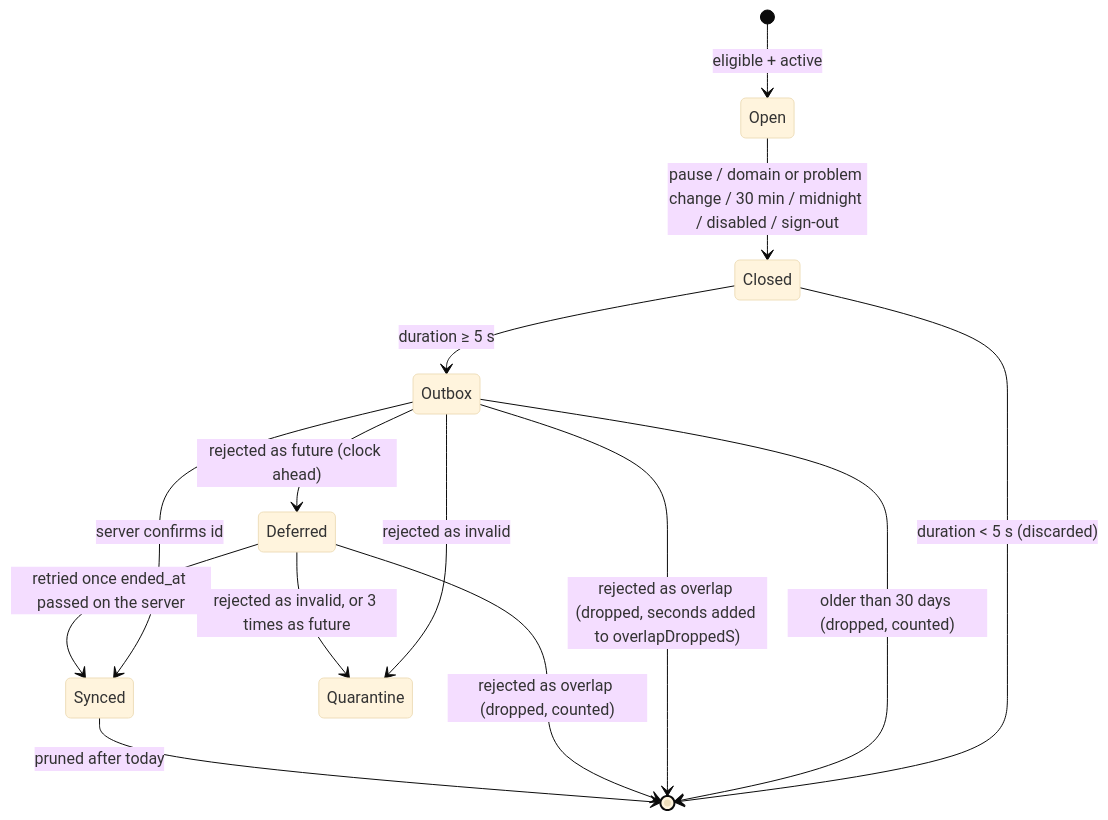
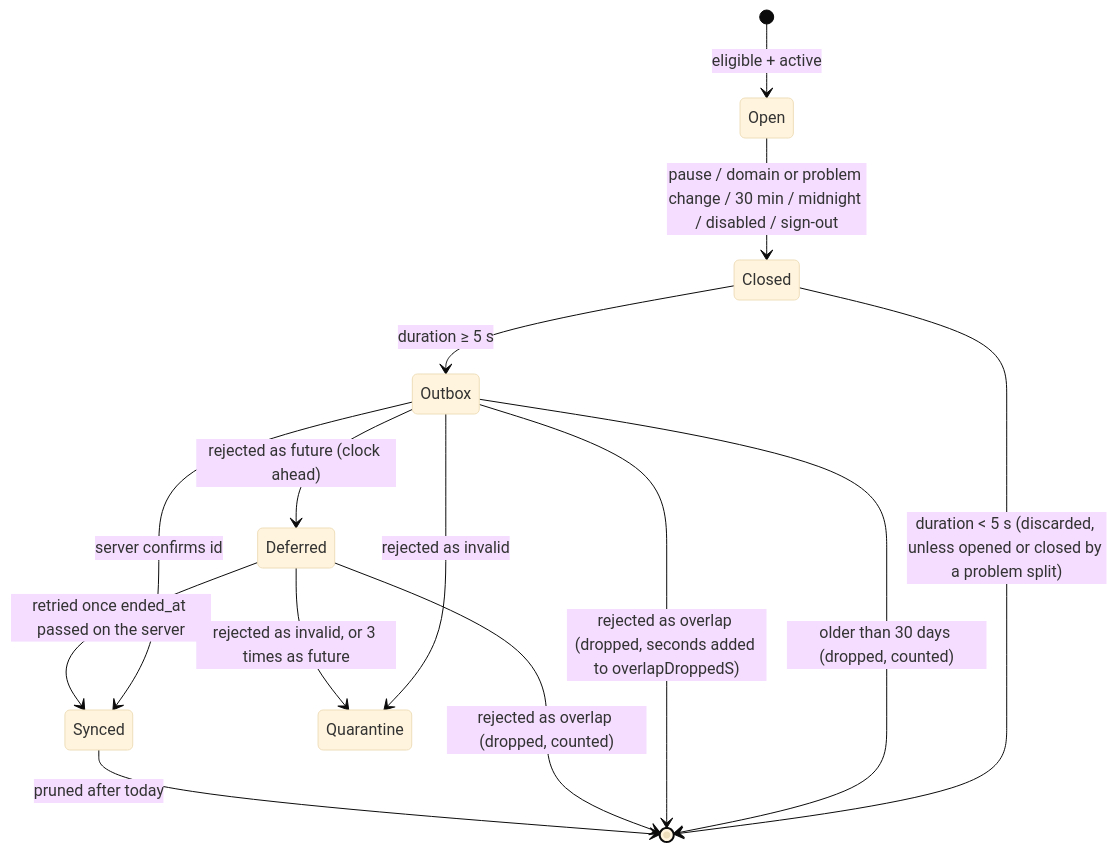
The third of 4 diagrams in docs/architecture/extension.md (vbenedito/careeros), drawn with Mermaid (base theme) before and after one commit. The commit also changed other lines of this file and 7 other files, not shown here.

First line of the commit message:
fix(extension): keep short problem-split pieces; recheck stale in queued status writes (#179)

````diff
--- a/docs/architecture/extension.md
+++ b/docs/architecture/extension.md
@@ -81,16 +81,16 @@
 ```mermaid
 stateDiagram-v2
   [*] --> Open: eligible + active
   Open --> Closed: pause / domain or problem change / 30 min / midnight / disabled / sign-out
   Closed --> Outbox: duration ≥ 5 s
-  Closed --> [*]: duration < 5 s (discarded)
+  Closed --> [*]: duration < 5 s (discarded, unless opened or closed by a problem split)
   Outbox --> Synced: server confirms id
   Outbox --> Quarantine: rejected as invalid
   Outbox --> [*]: older than 30 days (dropped, counted)
   Outbox --> [*]: rejected as overlap (dropped, seconds added to overlapDroppedS)
   Outbox --> Deferred: rejected as future (clock ahead)
   Deferred --> Synced: retried once ended_at passed on the server
   Deferred --> [*]: rejected as overlap (dropped, counted)
   Deferred --> Quarantine: rejected as invalid, or 3 times as future
   Synced --> [*]: pruned after today
 ```
````
